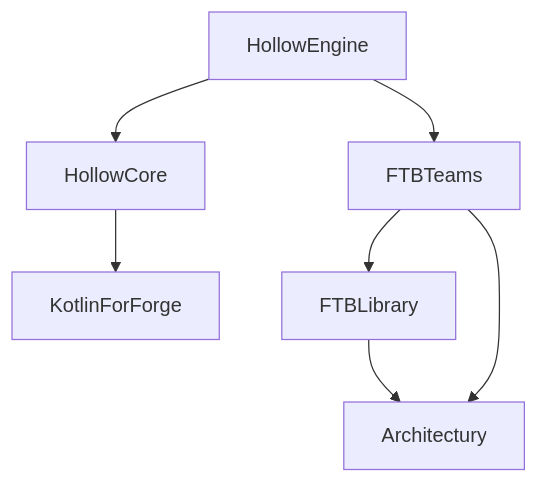
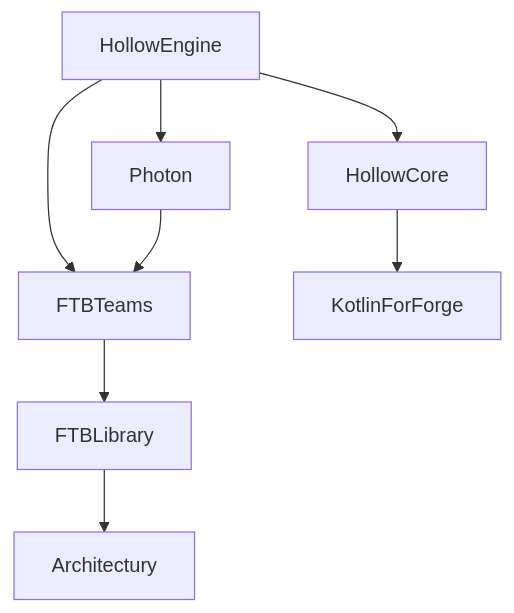
Before and after one commit to 0mods/docsweb: the diagram in docs/hollowengine-new/Begin/requeres.mdx, drawn with Mermaid. The commit also changed other lines of this file, not shown here.

````diff
--- a/docs/hollowengine-new/Begin/requeres.mdx
+++ b/docs/hollowengine-new/Begin/requeres.mdx
@@ -10,9 +10,10 @@
 ```mermaid 
 graph TD;
    HollowEngine-->HollowCore;
    HollowEngine-->FTBTeams;
+   HollowEngine-->Photon;
+   Photon-->FTBTeams;
    FTBTeams-->FTBLibrary;
-   FTBTeams-->Architectury;
    FTBLibrary-->Architectury;
    HollowCore-->KotlinForForge;
 ```
````
